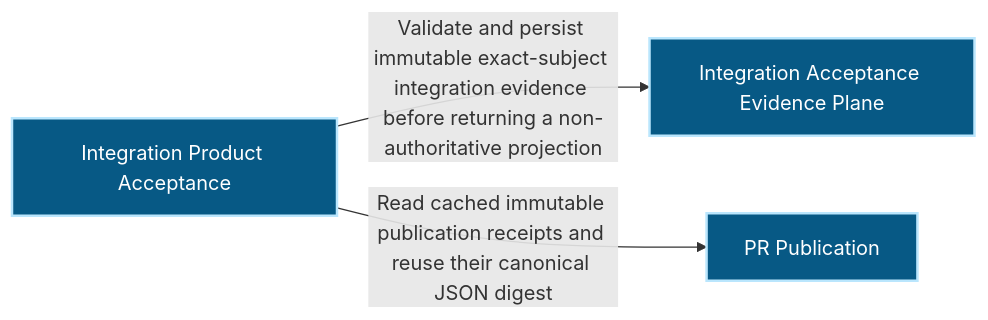
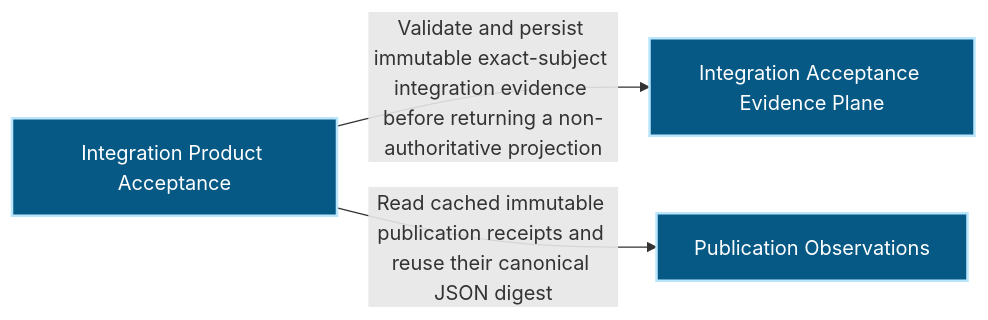
The first of 2 diagrams in docs/architecture/modules/runtime-harness/integration-acceptance.md (Ancienttwo/repo-harness), drawn with Mermaid before and after one commit. The commit also changed other lines of this file and 31 other files, not shown here.

Commit message:
docs(architecture): retire task lifecycle ownership from the model

````diff
--- a/docs/architecture/modules/runtime-harness/integration-acceptance.md
+++ b/docs/architecture/modules/runtime-harness/integration-acceptance.md
@@ -16,12 +16,12 @@
 ```mermaid
 flowchart LR
-  p1_capability_organization_publication_44355620["PR Publication"]:::component
+  p1_capability_organization_publication_44355620["Publication Observations"]:::component
   p1_capability_runtime_harness_integration_acceptance_8c7dd2d3["Integration Product Acceptance"]:::component
   p1_component_integration_acceptance_primary_d3db0bd8["Integration Acceptance Evidence Plane"]:::component
   p1_capability_runtime_harness_integration_acceptance_8c7dd2d3 -->|"Validate and persist immutable exact-subject integration evidence before returning a non-authoritative projection"| p1_component_integration_acceptance_primary_d3db0bd8
   p1_capability_runtime_harness_integration_acceptance_8c7dd2d3 -->|"Read cached immutable publication receipts and reuse their canonical JSON digest"| p1_capability_organization_publication_44355620
   classDef actor fill:#111827,color:#ffffff,stroke:#f9fafb,stroke-width:2px
   classDef component fill:#075985,color:#ffffff,stroke:#bae6fd,stroke-width:2px
   classDef datastore fill:#3f6212,color:#ffffff,stroke:#d9f99d,stroke-width:2px
   classDef external fill:#7c2d12,color:#ffffff,stroke:#fed7aa,stroke-width:2px
 ```
````
